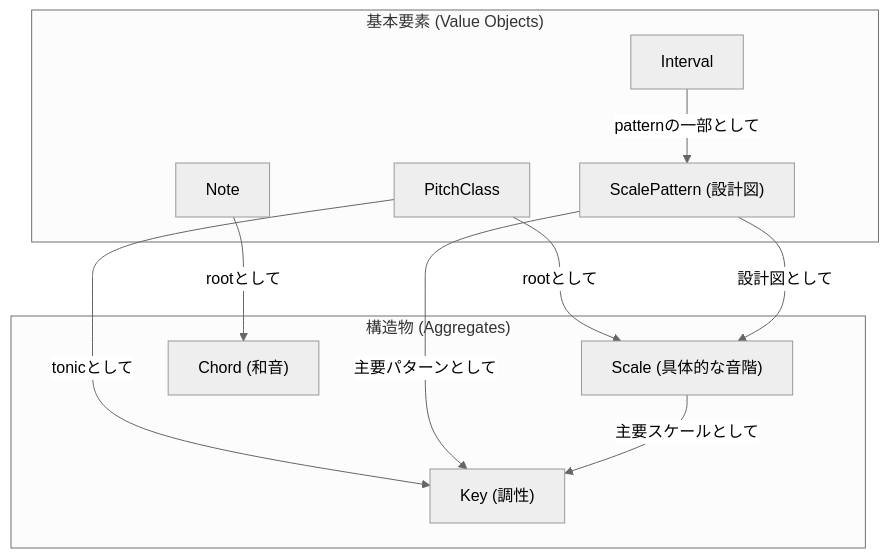
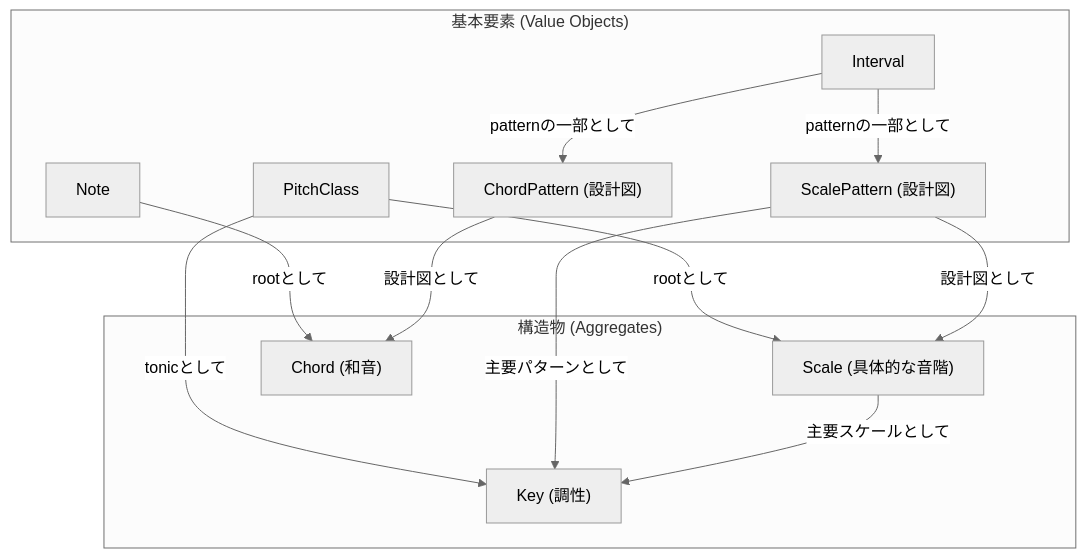
Before and after one commit to endo-ava/music-theory-app: the diagram in docs/04.domainSystem.md, drawn with Mermaid (neutral theme). The commit also changed other lines of this file and 7 other files, not shown here.

First line of the commit message:
refactor: rename ChordQuality to ChordPattern and relocate to common

````diff
--- a/docs/04.domainSystem.md
+++ b/docs/04.domainSystem.md
@@ -46,25 +47,28 @@
 ```mermaid
 graph TD
     subgraph "基本要素 (Value Objects)"
         PitchClass
         Interval
         Note
         ScalePattern["ScalePattern (設計図)"]
+        ChordPattern["ChordPattern (設計図)"]
     end
 
     subgraph "構造物 (Aggregates)"
         Scale["Scale (具体的な音階)"]
         Chord["Chord (和音)"]
         Key["Key (調性)"]
     end
 
     PitchClass -- rootとして --> Scale
     PitchClass -- tonicとして --> Key
     Interval -- patternの一部として --> ScalePattern
+    Interval -- patternの一部として --> ChordPattern
     Note -- rootとして --> Chord
 
     ScalePattern -- 設計図として --> Scale
     ScalePattern -- 主要パターンとして --> Key
+    ChordPattern -- 設計図として --> Chord
 
     Scale -- 主要スケールとして --> Key
 ```
````
